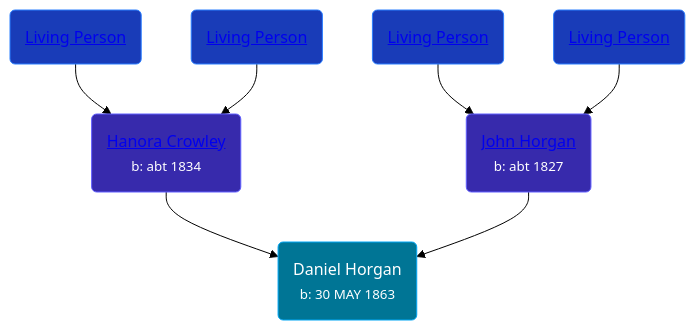
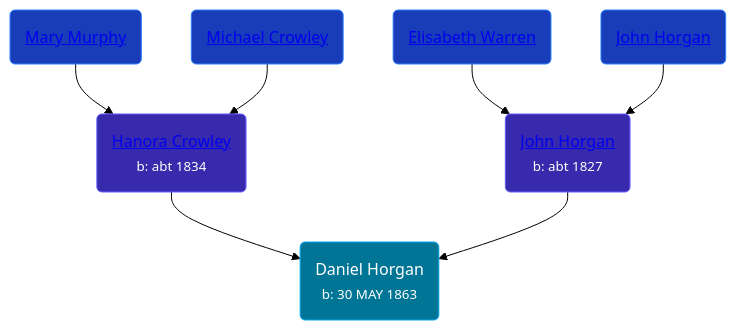
The diagram in pages/people/1/15488992.md (wpmgotkh/wpmgotkh.github.io), drawn with Mermaid (forest theme) before and after one commit. The commit also changed 586 other files, not shown here.

Commit message:
feat: better shouldConsiderPersonLiving algo

````diff
--- a/pages/people/1/15488992.md
+++ b/pages/people/1/15488992.md
@@ -11,13 +11,13 @@
 ```mermaid
 graph
 classDef grands fill:#193cb8,stroke:#2b7fff,stroke-width:1px,color:#fff;
 classDef parents fill:#372aac,stroke:#615fff,stroke-width:1px,color:#fff;
 classDef primary fill:#007595,stroke:#00a6f4,stroke-width:1px,color:#fff;
 15488992(Daniel Horgan<br /><small>b: 30 MAY 1863</small>):::primary
 72193795(<a class="text-white" href="/people/7/72193795">Hanora Crowley</a><br /><small>b: abt 1834</small>):::parents-->15488992
-62618528(<a class="text-white" href="/people/6/62618528">Living Person</a>):::grands-->72193795
-58336236(<a class="text-white" href="/people/5/58336236">Living Person</a>):::grands-->72193795
+62618528(<a class="text-white" href="/people/6/62618528">Mary Murphy</a>):::grands-->72193795
+58336236(<a class="text-white" href="/people/5/58336236">Michael Crowley</a>):::grands-->72193795
 54161773(<a class="text-white" href="/people/5/54161773">John Horgan</a><br /><small>b: abt 1827</small>):::parents-->15488992
-68775768(<a class="text-white" href="/people/6/68775768">Living Person</a>):::grands-->54161773
-42410084(<a class="text-white" href="/people/4/42410084">Living Person</a>):::grands-->54161773
+68775768(<a class="text-white" href="/people/6/68775768">Elisabeth Warren</a>):::grands-->54161773
+42410084(<a class="text-white" href="/people/4/42410084">John Horgan</a>):::grands-->54161773
 ```
````
